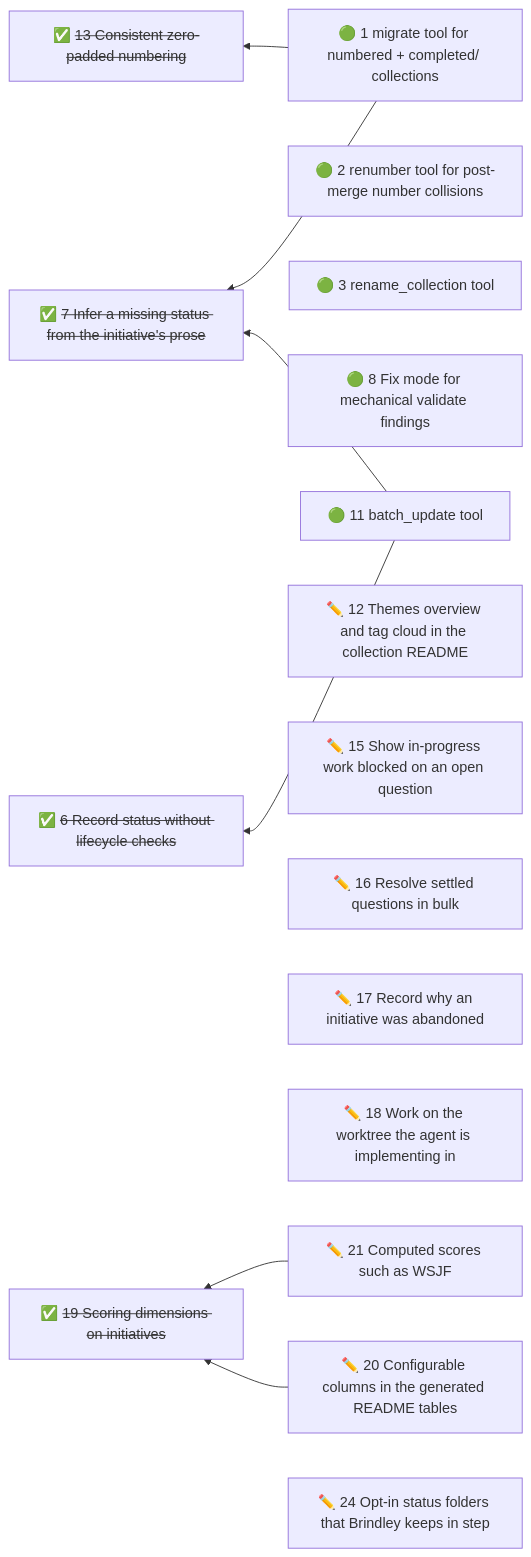
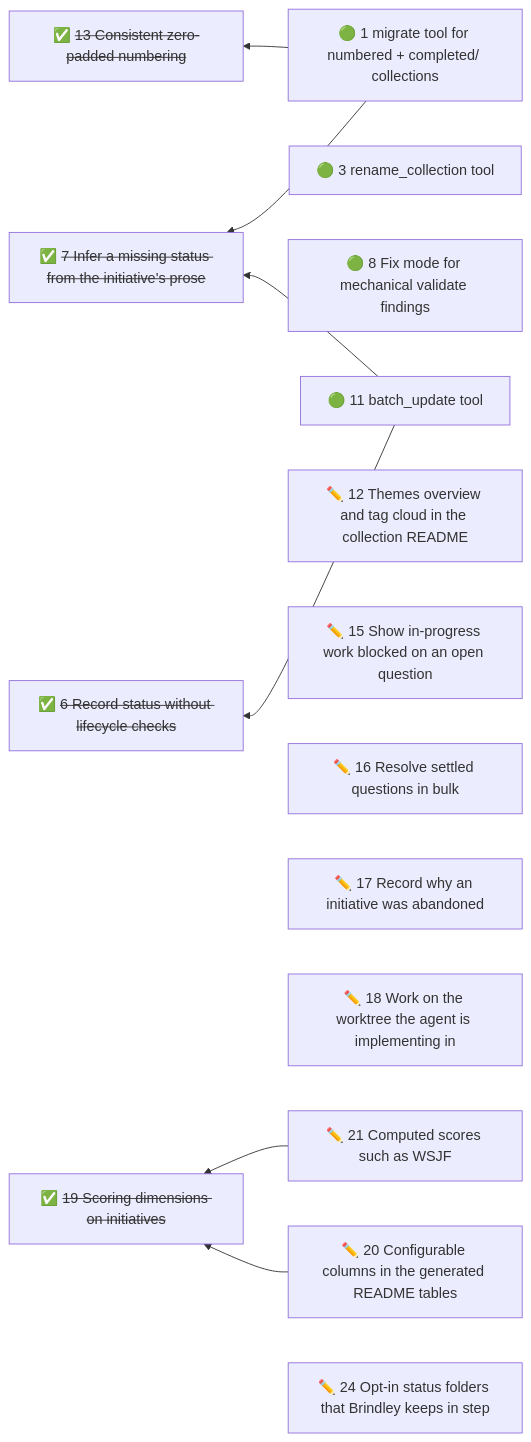
One commit to duckAsteroid/brindley changed the diagram in initiatives/README.md. Above: the diagram before and after it, drawn with Mermaid. The commit also changed other lines of this file and 7 other files, not shown here.

First line of the commit message:
feat: renumber tool for post-merge number collisions

````diff
--- a/initiatives/README.md
+++ b/initiatives/README.md
@@ -40,26 +39,25 @@
 ```mermaid
 flowchart RL
   n1["🟢 1 migrate tool for numbered + completed/ collections"]
-  n2["🟢 2 renumber tool for post-merge number collisions"]
   n3["🟢 3 rename_collection tool"]
   n8["🟢 8 Fix mode for mechanical validate findings"]
   n11["🟢 11 batch_update tool"]
   n12["✏️ 12 Themes overview and tag cloud in the collection README"]
   n15["✏️ 15 Show in-progress work blocked on an open question"]
   n16["✏️ 16 Resolve settled questions in bulk"]
   n17["✏️ 17 Record why an initiative was abandoned"]
   n18["✏️ 18 Work on the worktree the agent is implementing in"]
   n20["✏️ 20 Configurable columns in the generated README tables"]
   n21["✏️ 21 Computed scores such as WSJF"]
   n24["✏️ 24 Opt-in status folders that Brindley keeps in step"]
   n7["✅ <s>7 Infer a missing status from the initiative's prose</s>"]
   n13["✅ <s>13 Consistent zero-padded numbering</s>"]
   n6["✅ <s>6 Record status without lifecycle checks</s>"]
   n19["✅ <s>19 Scoring dimensions on initiatives</s>"]
   n1 --> n7
   n1 --> n13
   n11 --> n6
   n11 --> n7
   n20 --> n19
   n21 --> n19
 ```
````
